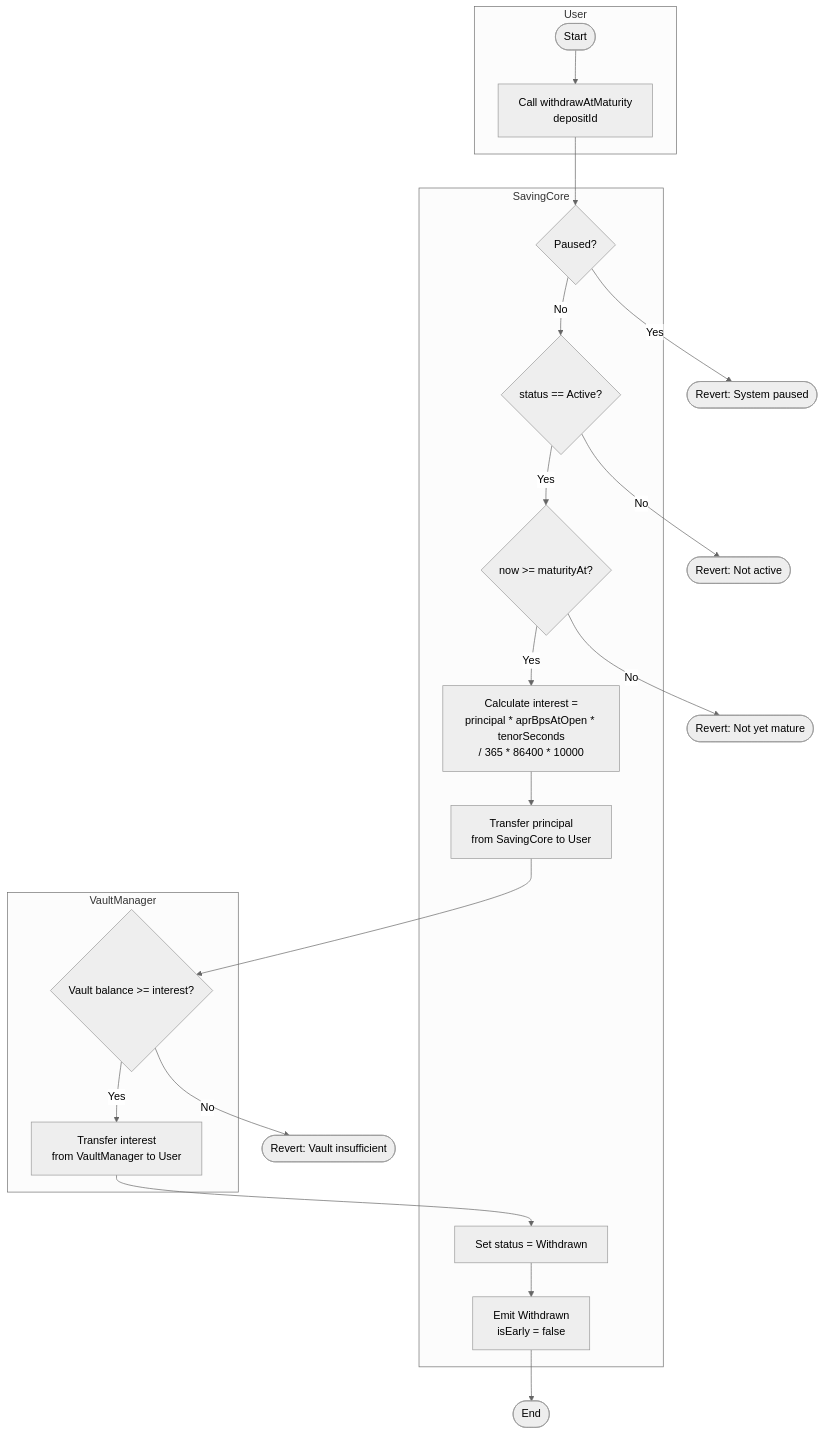
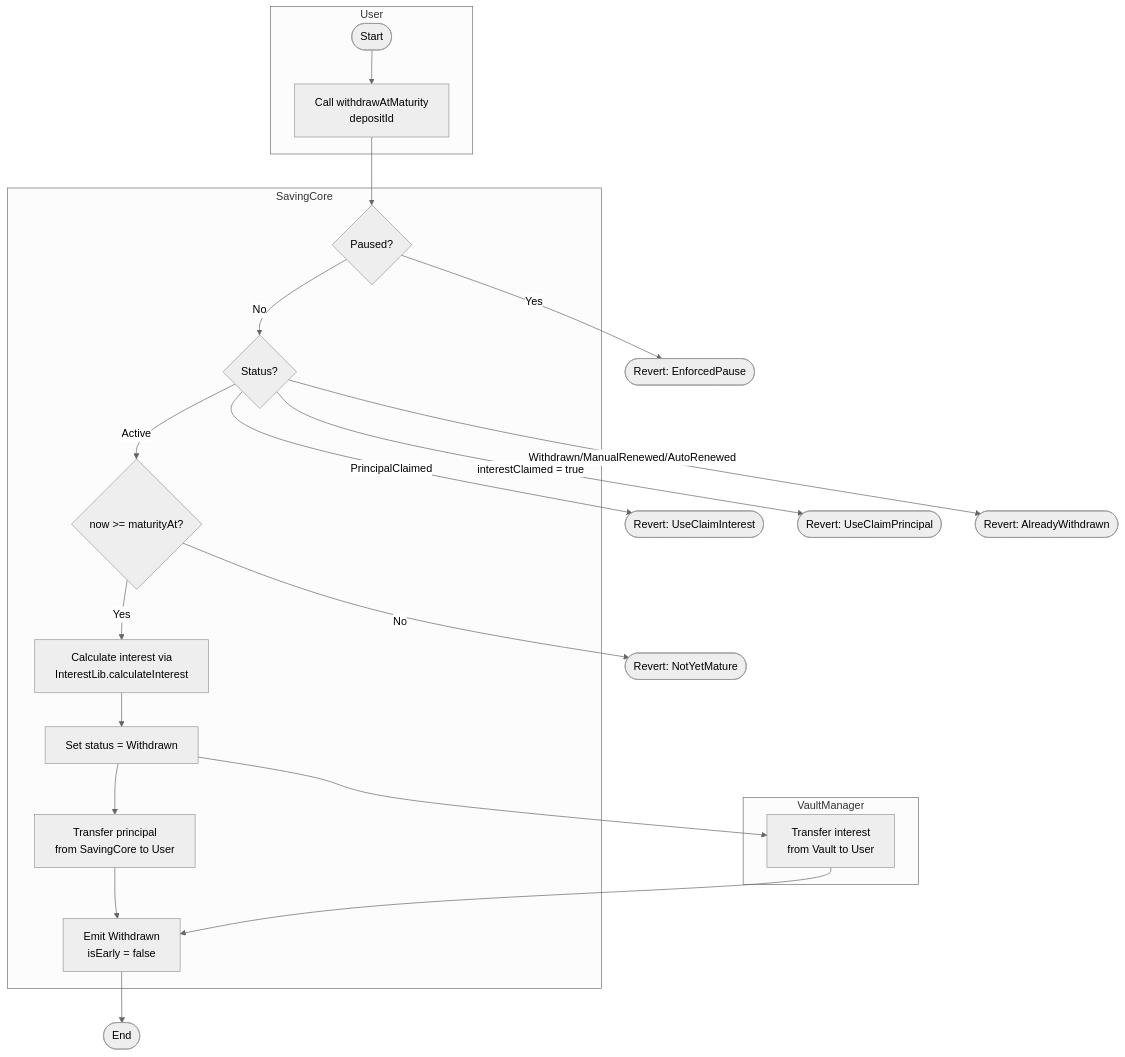
Before and after one commit to yang-sin-pal/AC_BlockChain_Online_Saving: the second of 10 diagrams in docs/diagrams/activity-diagram.md, drawn with Mermaid (neutral theme). The commit also changed other lines of this file and 2 other files, not shown here.

First line of the commit message:
Enhance sequence and use case diagrams for Online Saving System

````diff
--- a/docs/diagrams/activity-diagram.md
+++ b/docs/diagrams/activity-diagram.md
@@ -63,36 +91,36 @@
 ```mermaid
 flowchart TD
     subgraph User
         B1([Start]) --> B2[Call withdrawAtMaturity\ndepositId]
     end
 
     subgraph SavingCore
         B3{Paused?}
-        B4{status == Active?}
+        B4{Status?}
         B5{now >= maturityAt?}
-        B6[Calculate interest =\nprincipal * aprBpsAtOpen * tenorSeconds\n/ 365 * 86400 * 10000]
-        B7[Transfer principal\nfrom SavingCore to User]
-        B8[Set status = Withdrawn]
+        B6[Calculate interest via\nInterestLib.calculateInterest]
+        B7[Set status = Withdrawn]
+        B8[Transfer principal\nfrom SavingCore to User]
         B9[Emit Withdrawn\nisEarly = false]
     end
 
     subgraph VaultManager
-        B10{Vault balance >= interest?}
-        B11[Transfer interest\nfrom VaultManager to User]
+        B10[Transfer interest\nfrom Vault to User]
     end
 
     B2 --> B3
-    B3 -- Yes --> BR1([Revert: System paused])
+    B3 -- Yes --> BR1([Revert: EnforcedPause])
     B3 -- No --> B4
-    B4 -- No --> BR2([Revert: Not active])
-    B4 -- Yes --> B5
-    B5 -- No --> BR3([Revert: Not yet mature])
+    B4 -- Active --> B5
+    B4 -- PrincipalClaimed --> BR2([Revert: UseClaimInterest])
+    B4 -- interestClaimed = true --> BR3([Revert: UseClaimPrincipal])
+    B4 -- Withdrawn/ManualRenewed/AutoRenewed --> BR4([Revert: AlreadyWithdrawn])
+    B5 -- No --> BR5([Revert: NotYetMature])
     B5 -- Yes --> B6
     B6 --> B7
+    B7 --> B8
     B7 --> B10
-    B10 -- No --> BR4([Revert: Vault insufficient])
-    B10 -- Yes --> B11
-    B11 --> B8
     B8 --> B9
-    B9 --> B12([End])
+    B10 --> B9
+    B9 --> B11([End])
 ```
````
